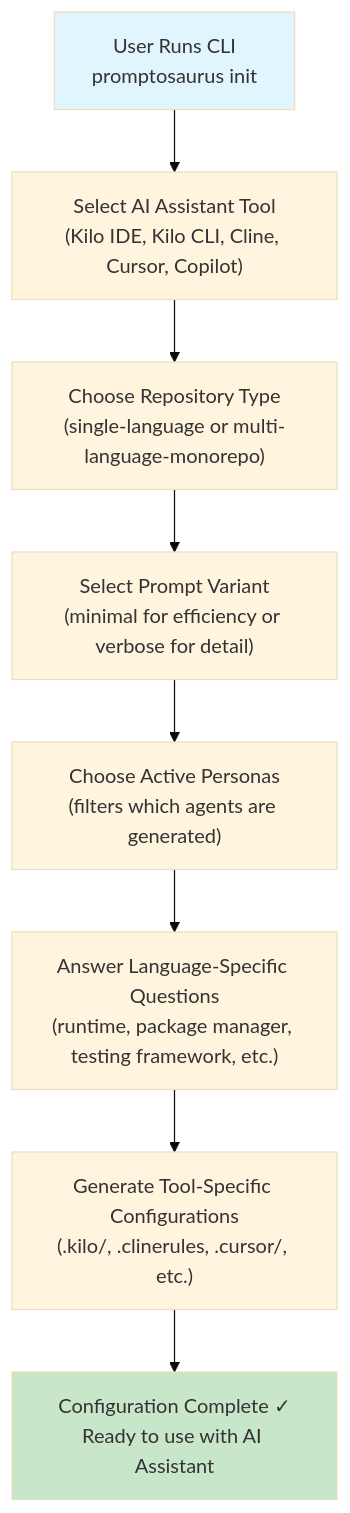
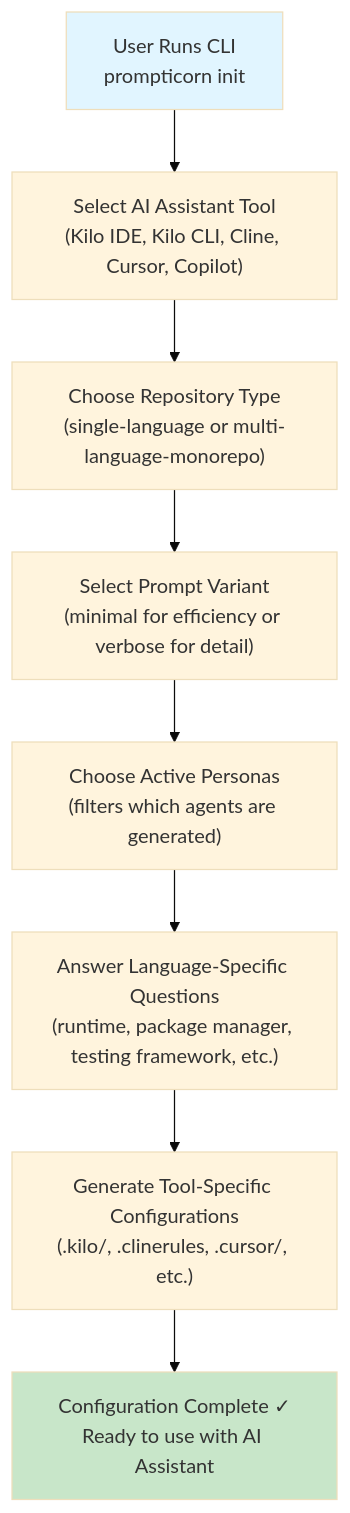
The first of 11 diagrams in docs/DIAGRAMS_GUIDE.md (snoodleboot-io/prompticorn), drawn with Mermaid (base theme) before and after one commit. The commit also changed other lines of this file and 1334 other files, not shown here.

````diff
--- a/docs/DIAGRAMS_GUIDE.md
+++ b/docs/DIAGRAMS_GUIDE.md
@@ -20,13 +20,13 @@
 ```mermaid
 flowchart TD
-    A["User Runs CLI<br/>promptosaurus init"] --> B["Select AI Assistant Tool<br/>(Kilo IDE, Kilo CLI, Cline, Cursor, Copilot)"]
+    A["User Runs CLI<br/>prompticorn init"] --> B["Select AI Assistant Tool<br/>(Kilo IDE, Kilo CLI, Cline, Cursor, Copilot)"]
     B --> C["Choose Repository Type<br/>(single-language or multi-language-monorepo)"]
     C --> D["Select Prompt Variant<br/>(minimal for efficiency or verbose for detail)"]
     D --> E["Choose Active Personas<br/>(filters which agents are generated)"]
     E --> F["Answer Language-Specific Questions<br/>(runtime, package manager, testing framework, etc.)"]
     F --> G["Generate Tool-Specific Configurations<br/>(.kilo/, .clinerules, .cursor/, etc.)"]
     G --> H["Configuration Complete ✓<br/>Ready to use with AI Assistant"]
     
     style A fill:#e1f5ff
     style H fill:#c8e6c9
 ```
````
